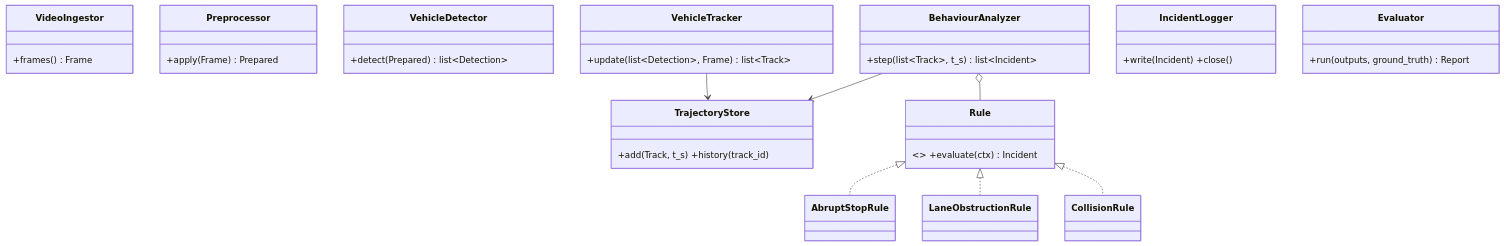
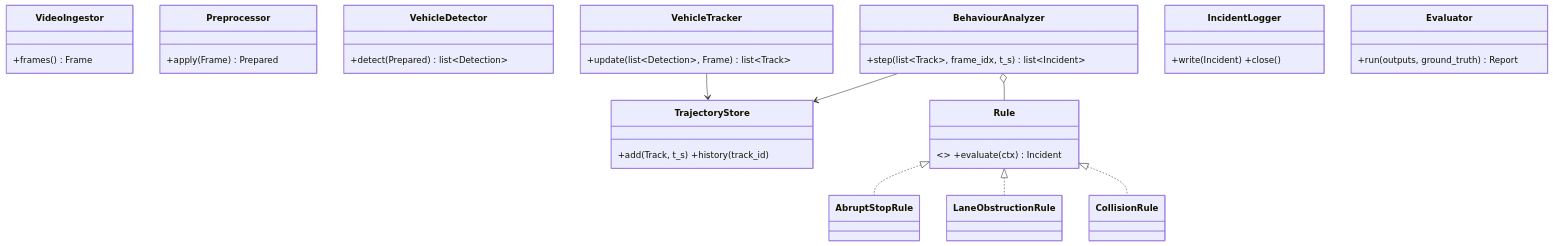
One commit to dilconkihoro/traffic-incident-detection-public changed the fourth of 4 diagrams in docs/02_ARCHITECTURE_AND_RULES.md. Above: the diagram before and after it, drawn with Mermaid. The commit also changed other lines of this file and 27 other files, not shown here.

````diff
--- a/docs/02_ARCHITECTURE_AND_RULES.md
+++ b/docs/02_ARCHITECTURE_AND_RULES.md
@@ -243,21 +253,21 @@
 ```mermaid
 classDiagram
     class VideoIngestor { +frames() Frame }
     class Preprocessor { +apply(Frame) Prepared }
     class VehicleDetector { +detect(Prepared) list~Detection~ }
     class VehicleTracker { +update(list~Detection~, Frame) list~Track~ }
     class TrajectoryStore { +add(Track, t_s) +history(track_id) }
     class Rule { <<interface>> +evaluate(ctx) Incident }
     class AbruptStopRule
     class LaneObstructionRule
     class CollisionRule
-    class BehaviourAnalyzer { +step(list~Track~, t_s) list~Incident~ }
+    class BehaviourAnalyzer { +step(list~Track~, frame_idx, t_s) list~Incident~ }
     class IncidentLogger { +write(Incident) +close() }
     class Evaluator { +run(outputs, ground_truth) Report }
     Rule <|.. AbruptStopRule
     Rule <|.. LaneObstructionRule
     Rule <|.. CollisionRule
     BehaviourAnalyzer o-- Rule
     BehaviourAnalyzer --> TrajectoryStore
     VehicleTracker --> TrajectoryStore
 ```
````
